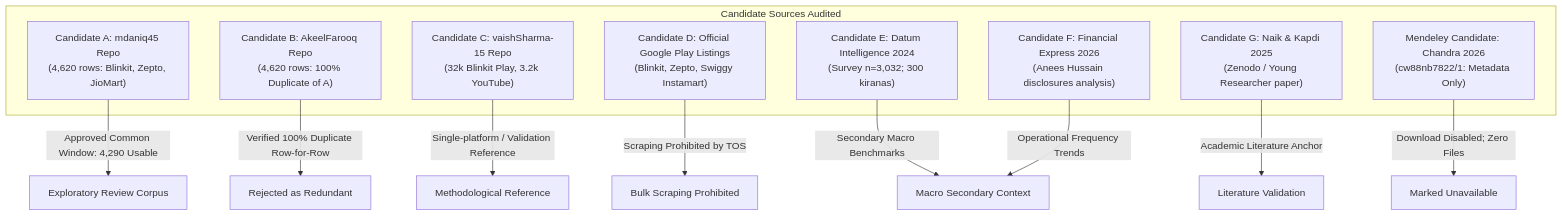
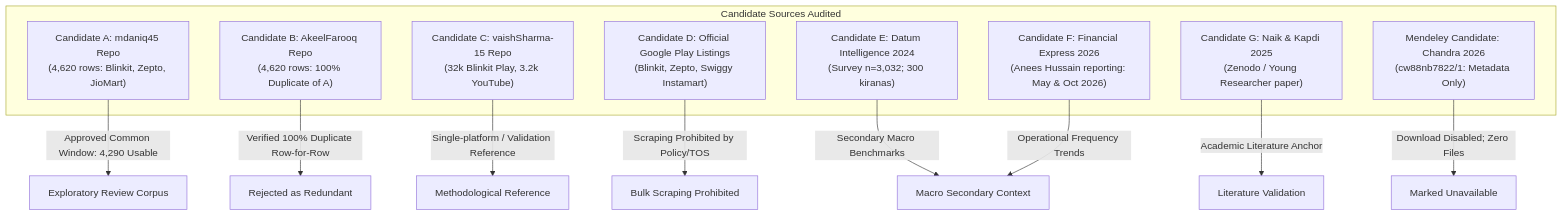
The diagram in docs/gates/GATE_0_FEASIBILITY_REPORT.md (nayanojwal0810/Beyond_Discounts), drawn with Mermaid before and after one commit. The commit also changed other lines of this file and 6 other files, not shown here.

````diff
--- a/docs/gates/GATE_0_FEASIBILITY_REPORT.md
+++ b/docs/gates/GATE_0_FEASIBILITY_REPORT.md
@@ -63,22 +65,22 @@
 ```mermaid
 flowchart TD
     subgraph Candidate Sources Audited
         A["Candidate A: mdaniq45 Repo<br/>(4,620 rows: Blinkit, Zepto, JioMart)"]
         B["Candidate B: AkeelFarooq Repo<br/>(4,620 rows: 100% Duplicate of A)"]
         C["Candidate C: vaishSharma-15 Repo<br/>(32k Blinkit Play, 3.2k YouTube)"]
         D["Candidate D: Official Google Play Listings<br/>(Blinkit, Zepto, Swiggy Instamart)"]
         E["Candidate E: Datum Intelligence 2024<br/>(Survey n=3,032; 300 kiranas)"]
-        F["Candidate F: Financial Express 2026<br/>(Anees Hussain disclosures analysis)"]
+        F["Candidate F: Financial Express 2026<br/>(Anees Hussain reporting: May & Oct 2026)"]
         G["Candidate G: Naik & Kapdi 2025<br/>(Zenodo / Young Researcher paper)"]
         M["Mendeley Candidate: Chandra 2026<br/>(cw88nb7822/1: Metadata Only)"]
     end
 
     A -->|Approved Common Window: 4,290 Usable| PrimaryCorpus[Exploratory Review Corpus]
     B -->|Verified 100% Duplicate Row-for-Row| RejectB[Rejected as Redundant]
     C -->|Single-platform / Validation Reference| MethodRef[Methodological Reference]
-    D -->|Scraping Prohibited by TOS| BlockD[Bulk Scraping Prohibited]
+    D -->|Scraping Prohibited by Policy/TOS| BlockD[Bulk Scraping Prohibited]
     E -->|Secondary Macro Benchmarks| Secondary[Macro Secondary Context]
     F -->|Operational Frequency Trends| Secondary
     G -->|Academic Literature Anchor| LitReview[Literature Validation]
     M -->|Download Disabled; Zero Files| RejectM[Marked Unavailable]
 ```
````
